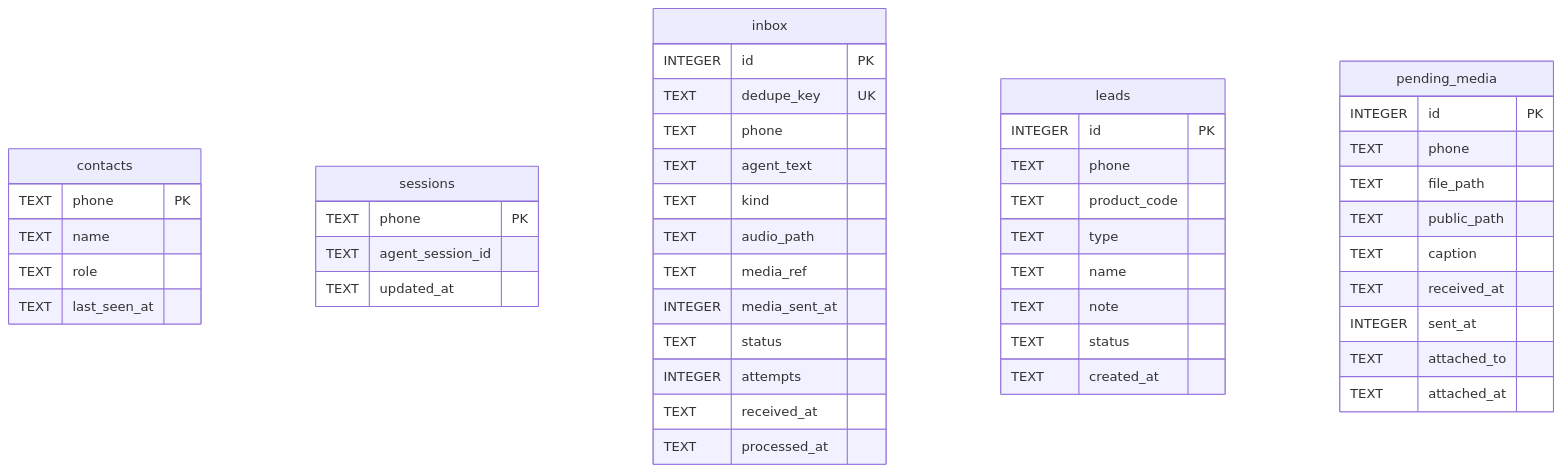
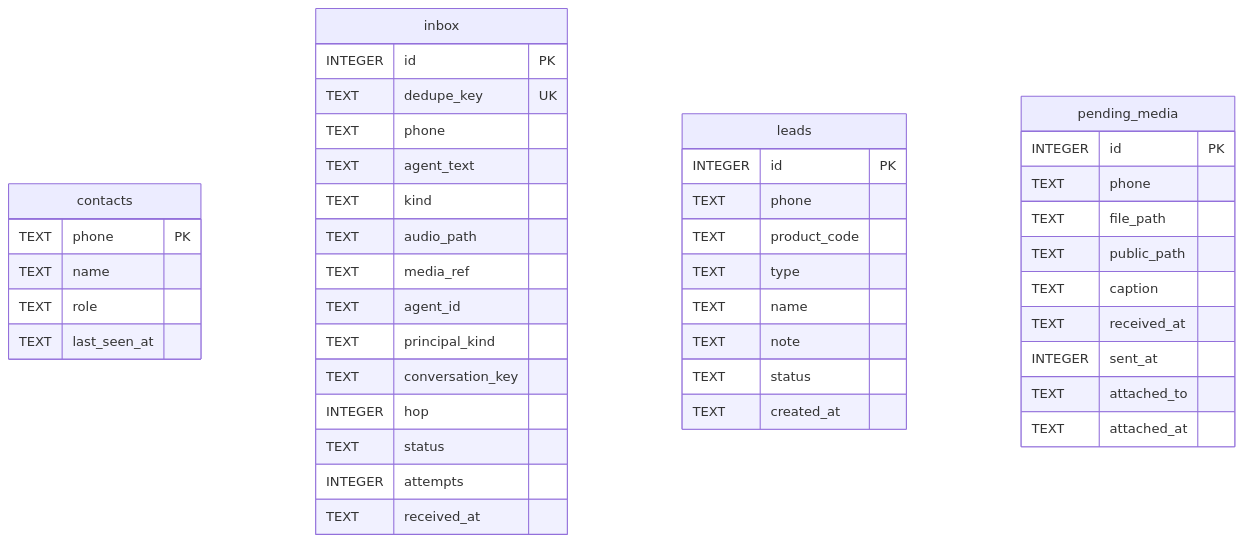
Before and after one commit to santiagoposadag/ShopifyVitrina: the diagram in docs/03-datos/sqlite.md, drawn with Mermaid. The commit also changed other lines of this file and 10 other files, not shown here.

````diff
--- a/docs/03-datos/sqlite.md
+++ b/docs/03-datos/sqlite.md
@@ -3,49 +3,46 @@
 ```mermaid
 erDiagram
     contacts {
         TEXT phone PK
         TEXT name
         TEXT role
         TEXT last_seen_at
-    }
-    sessions {
-        TEXT phone PK
-        TEXT agent_session_id
-        TEXT updated_at
     }
     inbox {
         INTEGER id PK
         TEXT dedupe_key UK
         TEXT phone
         TEXT agent_text
         TEXT kind
         TEXT audio_path
         TEXT media_ref
-        INTEGER media_sent_at
+        TEXT agent_id
+        TEXT principal_kind
+        TEXT conversation_key
+        INTEGER hop
         TEXT status
         INTEGER attempts
         TEXT received_at
-        TEXT processed_at
     }
     leads {
         INTEGER id PK
         TEXT phone
         TEXT product_code
         TEXT type
         TEXT name
         TEXT note
         TEXT status
         TEXT created_at
     }
     pending_media {
         INTEGER id PK
         TEXT phone
         TEXT file_path
         TEXT public_path
         TEXT caption
         TEXT received_at
         INTEGER sent_at
         TEXT attached_to
         TEXT attached_at
     }
 ```
````
